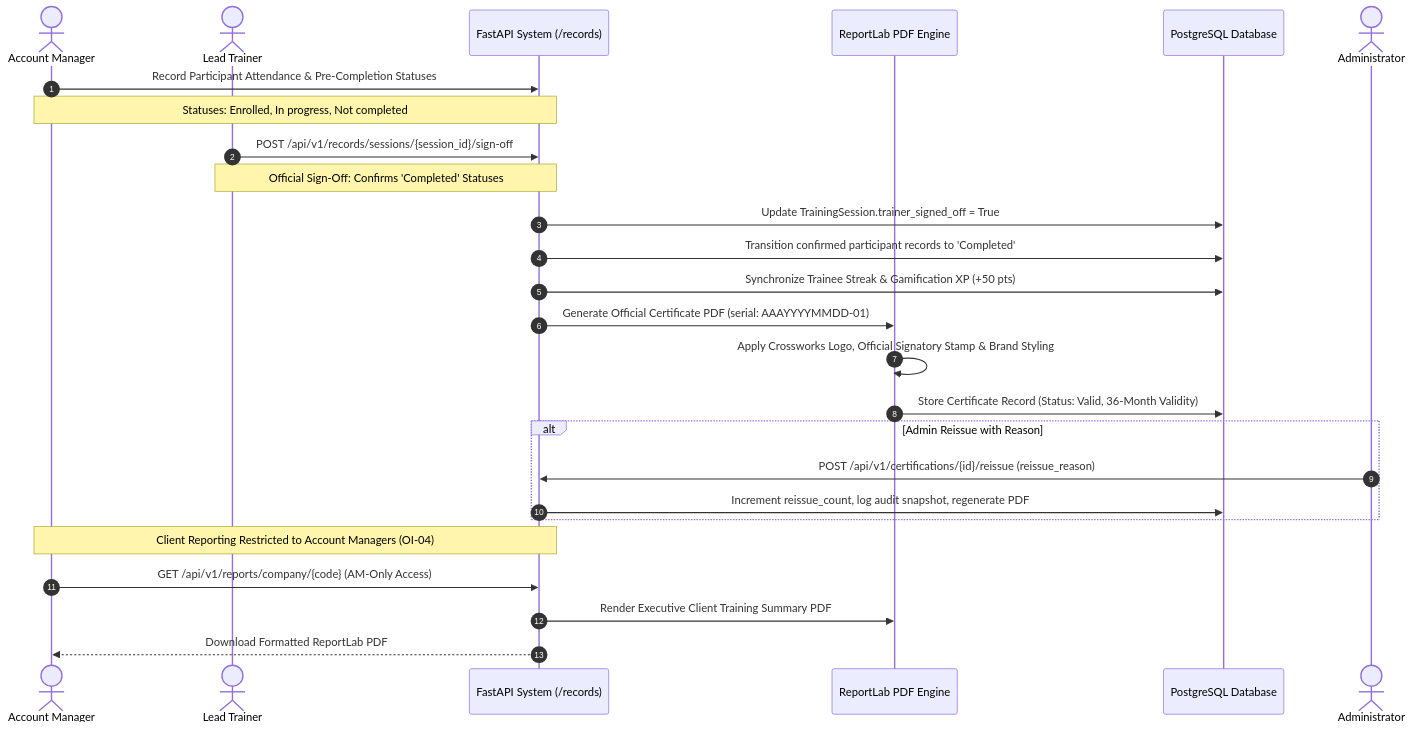
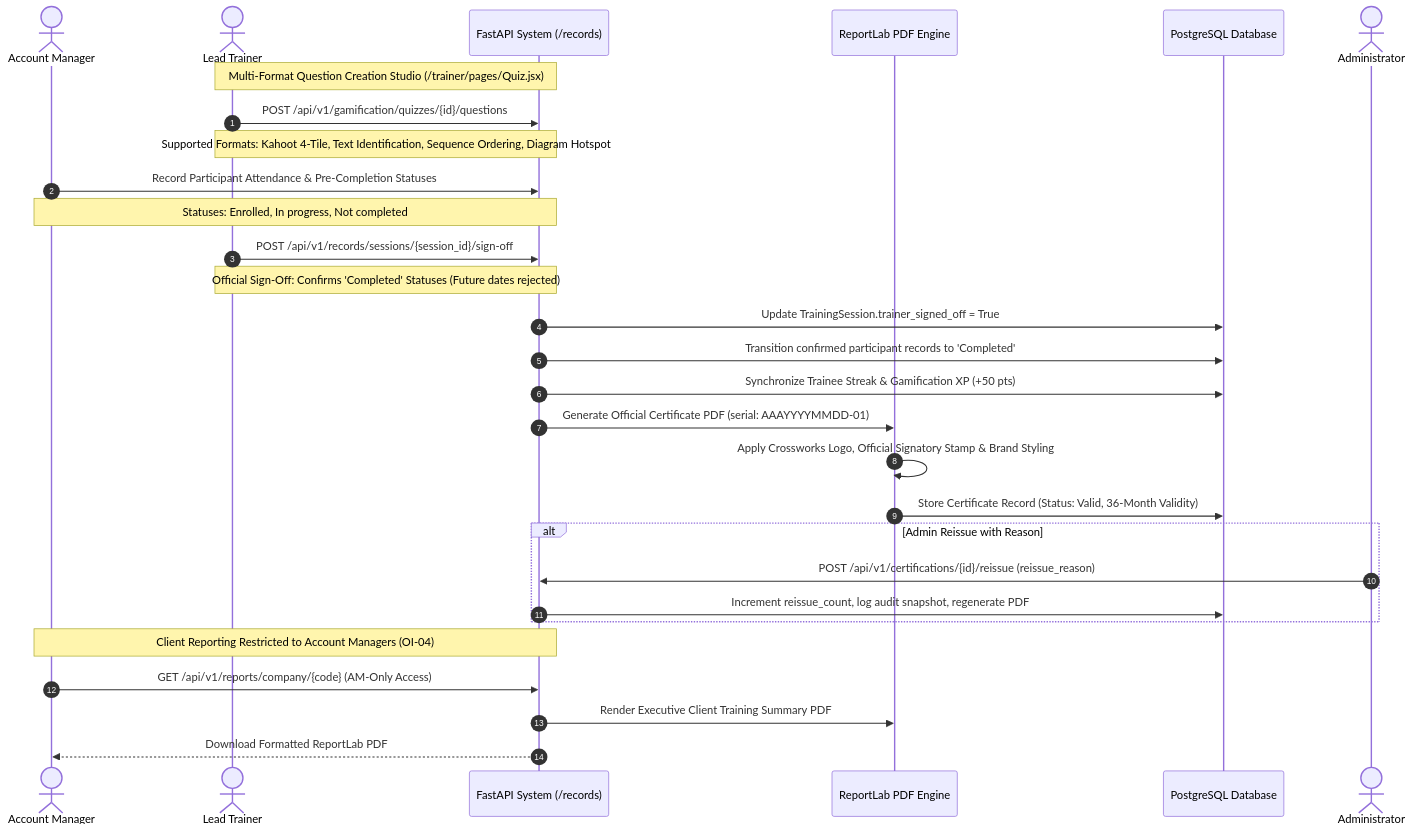
One commit to UniDra0318/CrossQuest changed the seventh of 11 diagrams in SYSTEM_ARCHITECTURE.md. Above: the diagram before and after it, drawn with Mermaid. The commit also changed other lines of this file, not shown here.

Commit message:
docs: update system architecture to match current system and component catalog

````diff
--- a/SYSTEM_ARCHITECTURE.md
+++ b/SYSTEM_ARCHITECTURE.md
@@ -295,34 +307,38 @@
 ```mermaid
 sequenceDiagram
     autonumber
     actor AM as Account Manager
     actor Trainer as Lead Trainer
     participant System as FastAPI System (/records)
     participant PDF as ReportLab PDF Engine
     participant DB as PostgreSQL Database
 
+    Note over Trainer,System: Multi-Format Question Creation Studio (/trainer/pages/Quiz.jsx)
+    Trainer->>System: POST /api/v1/gamification/quizzes/{id}/questions
+    Note over Trainer,System: Supported Formats: Kahoot 4-Tile, Text Identification, Sequence Ordering, Diagram Hotspot
+
     AM->>System: Record Participant Attendance & Pre-Completion Statuses
     Note over AM,System: Statuses: Enrolled, In progress, Not completed
     
     Trainer->>System: POST /api/v1/records/sessions/{session_id}/sign-off
-    Note over Trainer,System: Official Sign-Off: Confirms 'Completed' Statuses
+    Note over Trainer,System: Official Sign-Off: Confirms 'Completed' Statuses (Future dates rejected)
     
     System->>DB: Update TrainingSession.trainer_signed_off = True
     System->>DB: Transition confirmed participant records to 'Completed'
     System->>DB: Synchronize Trainee Streak & Gamification XP (+50 pts)
     
     System->>PDF: Generate Official Certificate PDF (serial: AAAYYYYMMDD-01)
     PDF->>PDF: Apply Crossworks Logo, Official Signatory Stamp & Brand Styling
     PDF->>DB: Store Certificate Record (Status: Valid, 36-Month Validity)
     
     alt Admin Reissue with Reason
         actor Admin as Administrator
         Admin->>System: POST /api/v1/certifications/{id}/reissue (reissue_reason)
         System->>DB: Increment reissue_count, log audit snapshot, regenerate PDF
     end
 
     Note over AM,System: Client Reporting Restricted to Account Managers (OI-04)
     AM->>System: GET /api/v1/reports/company/{code} (AM-Only Access)
     System->>PDF: Render Executive Client Training Summary PDF
     System-->>AM: Download Formatted ReportLab PDF
 ```
````
